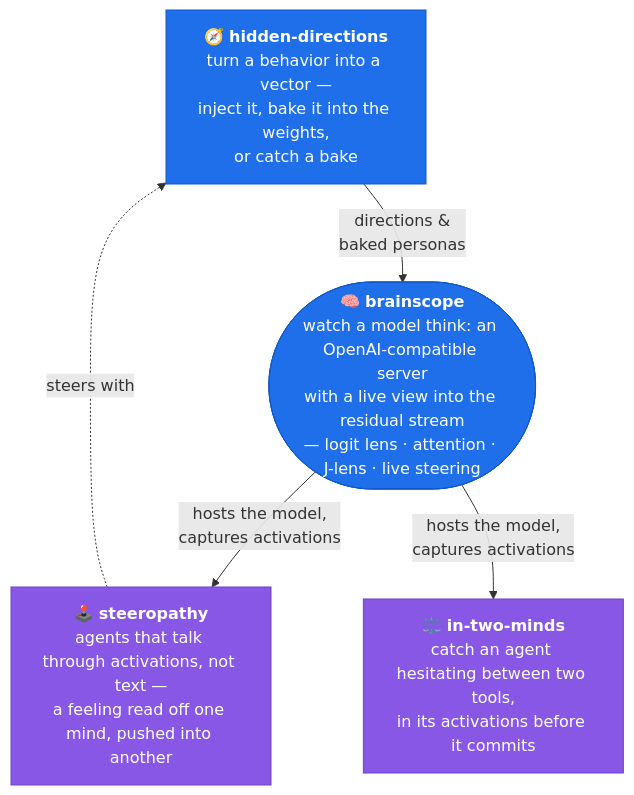
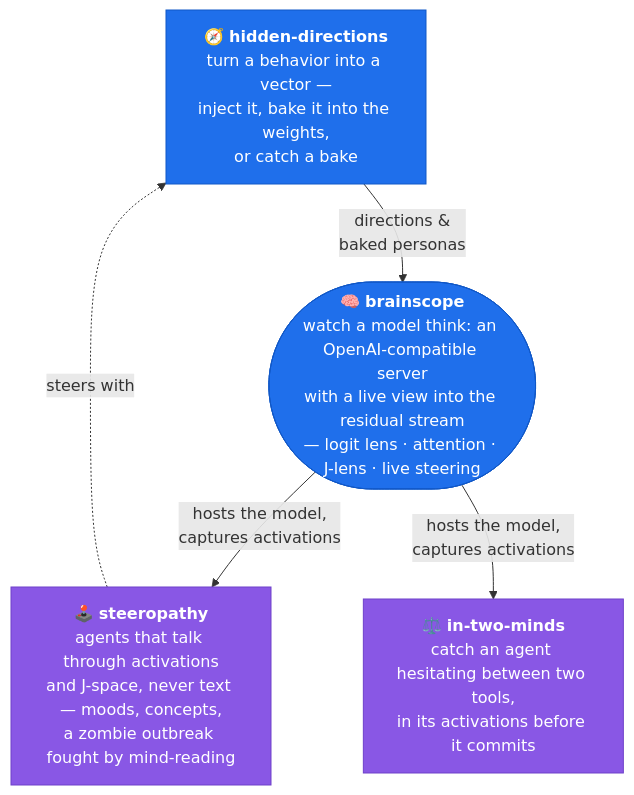
The diagram in README.md (moudrkat/moudrkat), drawn with Mermaid before and after one commit. The commit also changed other lines of this file, not shown here.

Commit message:
profile: the intro stops re-telling what the diagram shows, the house rules land where a researcher looks first (placebo controls, published negatives, instrument-honesty), and the steeropathy box catches up with the J-space era — the zombie outbreak is the headline now

````diff
--- a/README.md
+++ b/README.md
@@ -33,22 +31,22 @@
 ```mermaid
 flowchart TD
     hd["🧭 <b>hidden-directions</b><br/>turn a behavior into a vector —<br/>inject it, bake it into the weights,<br/>or catch a bake"]
     bs(["🧠 <b>brainscope</b><br/>watch a model think: an OpenAI-compatible server<br/>with a live view into the residual stream<br/>— logit lens · attention · J-lens · live steering"])
-    st["🕹️ <b>steeropathy</b><br/>agents that talk through activations, not text —<br/>a feeling read off one mind, pushed into another"]
+    st["🕹️ <b>steeropathy</b><br/>agents that talk through activations<br/>and J-space, never text — moods, concepts,<br/>a zombie outbreak fought by mind-reading"]
     tm["⚖️ <b>in-two-minds</b><br/>catch an agent hesitating between two tools,<br/>in its activations before it commits"]
 
     hd -->|"directions &<br/>baked personas"| bs
     bs -->|"hosts the model,<br/>captures activations"| st
     bs -->|"hosts the model,<br/>captures activations"| tm
     st -.->|"steers with"| hd
 
     click hd "https://github.com/moudrkat/hidden-directions"
     click bs "https://github.com/moudrkat/brainscope"
     click st "https://github.com/moudrkat/steeropathy"
     click tm "https://github.com/moudrkat/in-two-minds"
 
     classDef engine fill:#1f6feb,stroke:#1158c7,color:#ffffff;
     classDef exp fill:#8957e5,stroke:#6e40c9,color:#ffffff;
     class bs,hd engine;
     class st,tm exp;
 ```
````
